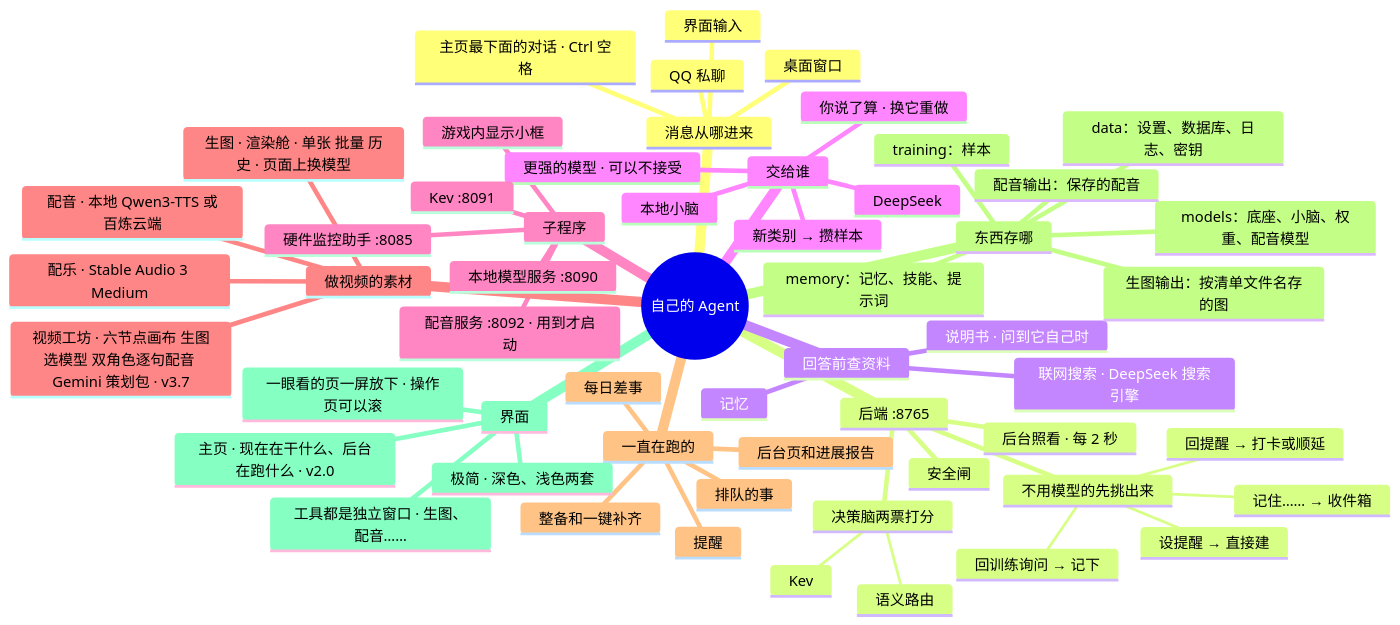
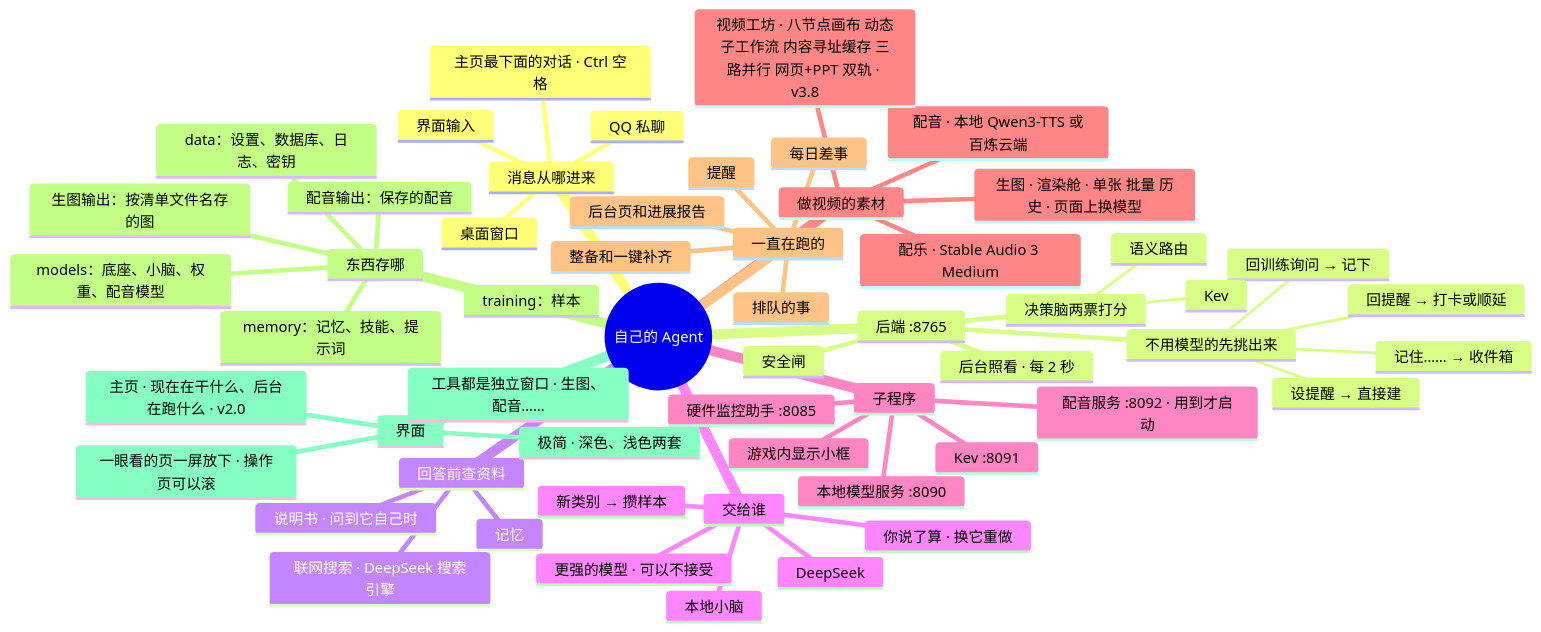
Before and after one commit to lql-076/Experiment-Agent-One: the diagram in docs/AI文档/架构/00-总览.md, drawn with Mermaid. The commit also changed other lines of this file and 22 other files, not shown here.

Commit message:
v3.8.0：视频工坊动态子工作流、内容寻址缓存、三路并行 DAG、全参数生图、网页+PPT 双轨渲染与发布清单

```diff
--- a/docs/AI文档/架构/00-总览.md
+++ b/docs/AI文档/架构/00-总览.md
@@ -68,7 +68,7 @@
       :::go-15
       配乐 · Stable Audio 3 Medium
       :::go-18
-      视频工坊 · 六节点画布 生图选模型 双角色逐句配音 Gemini 策划包 · v3.7
+      视频工坊 · 八节点画布 动态子工作流 内容寻址缓存 三路并行 网页+PPT 双轨 · v3.8
       :::go-20
     一直在跑的
       提醒
```
